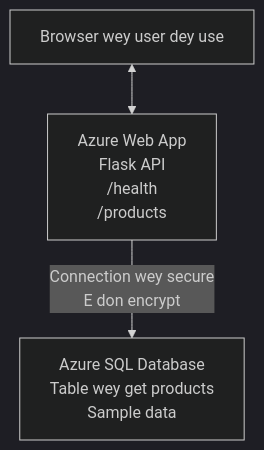
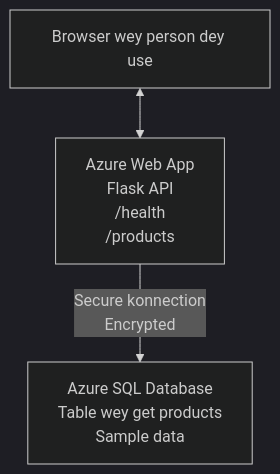
One commit to microsoft/AZD-for-beginners changed the diagram in translations/pcm/examples/database-app/README.md. Above: the diagram before and after it, drawn with Mermaid (dark theme). The commit also changed other lines of this file and 101 other files, not shown here.

````diff
--- a/translations/pcm/examples/database-app/README.md
+++ b/translations/pcm/examples/database-app/README.md
@@ -72,5 +72,5 @@
 ```mermaid
 graph TD
-    Browser[Browser wey user dey use] <--> WebApp[Azure Web App<br/>Flask API<br/>/health<br/>/products]
-    WebApp -- Connection wey secure<br/>E don encrypt --> SQL[Azure SQL Database<br/>Table wey get products<br/>Sample data]
+    Browser[Browser wey person dey use] <--> WebApp[Azure Web App<br/>Flask API<br/>/health<br/>/products]
+    WebApp -- Secure konnection<br/>Encrypted --> SQL[Azure SQL Database<br/>Table wey get products<br/>Sample data]
 ```
````
